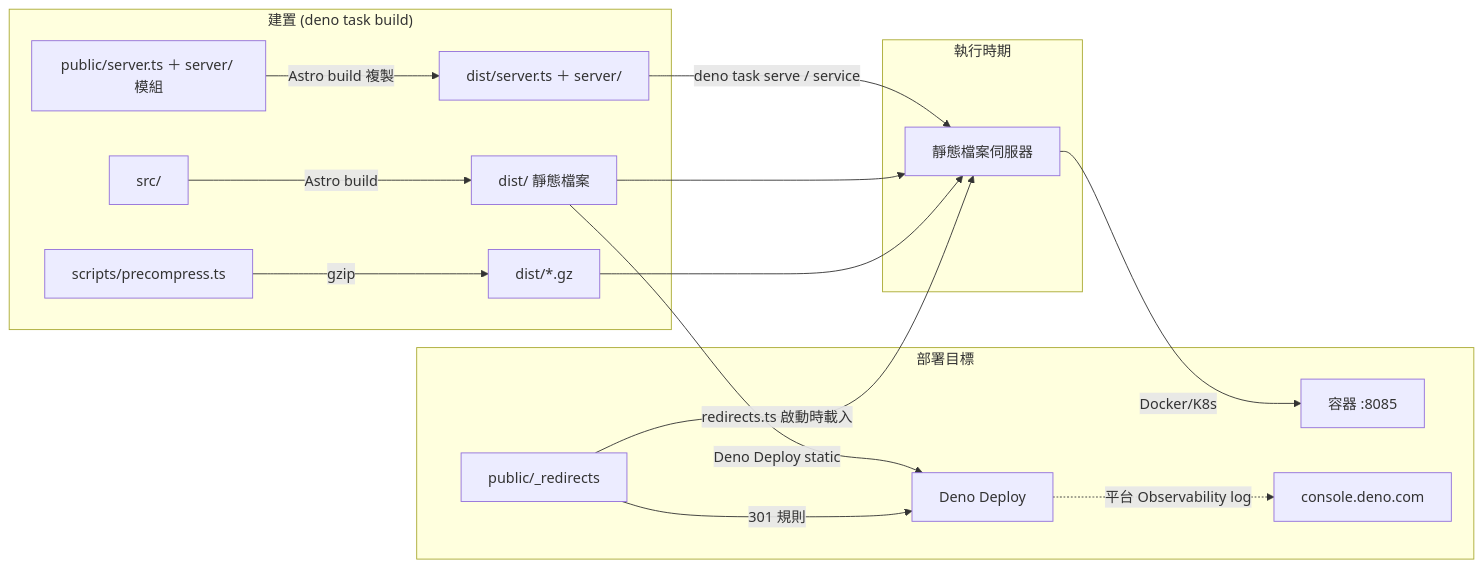
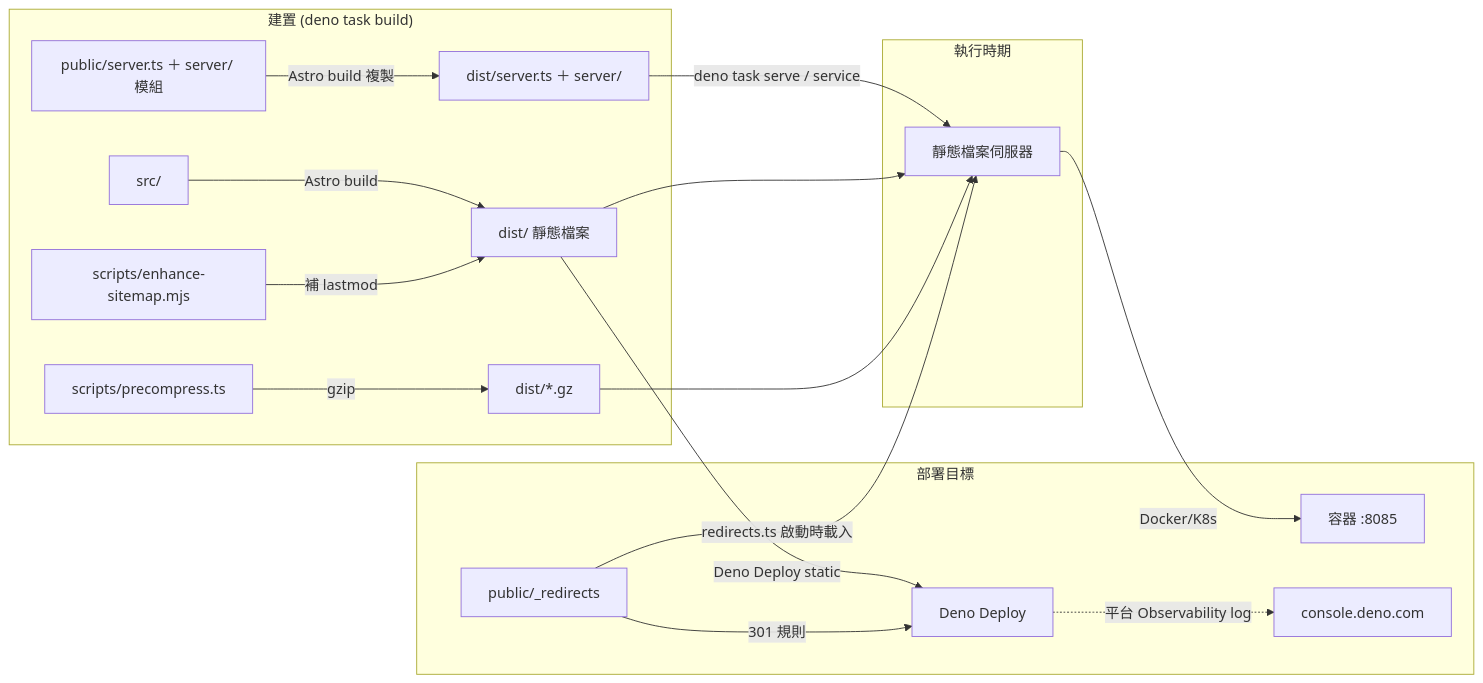
One commit to neko0xff/blog_astroV2 changed the diagram in docs/blog_arch.md. Above: the diagram before and after it, drawn with Mermaid. The commit also changed other lines of this file and 5 other files, not shown here.

````diff
--- a/docs/blog_arch.md
+++ b/docs/blog_arch.md
@@ -17,22 +17,23 @@
 ```mermaid
 flowchart LR
     subgraph Build["建置 (deno task build)"]
         A[public/server.ts ＋ server/ 模組] -->|Astro build 複製| D[dist/server.ts ＋ server/]
         S[src/] -->|Astro build| D2[dist/ 靜態檔案]
+        E[scripts/enhance-sitemap.mjs] -->|補 lastmod| D2
         P[scripts/precompress.ts] -->|gzip| D3[dist/*.gz]
     end
 
     subgraph Runtime["執行時期"]
         D -->|deno task serve / service| S1[靜態檔案伺服器]
         D2 --> S1
         D3 --> S1
     end
 
     subgraph Deploy["部署目標"]
         S1 -->|Docker/K8s| C1[容器 :8085]
         D2 -->|Deno Deploy static| C2[Deno Deploy]
         R[public/_redirects] -->|301 規則| C2
         R -->|redirects.ts 啟動時載入| S1
         C2 -.->|平台 Observability log| L[console.deno.com]
     end
 ```
````
